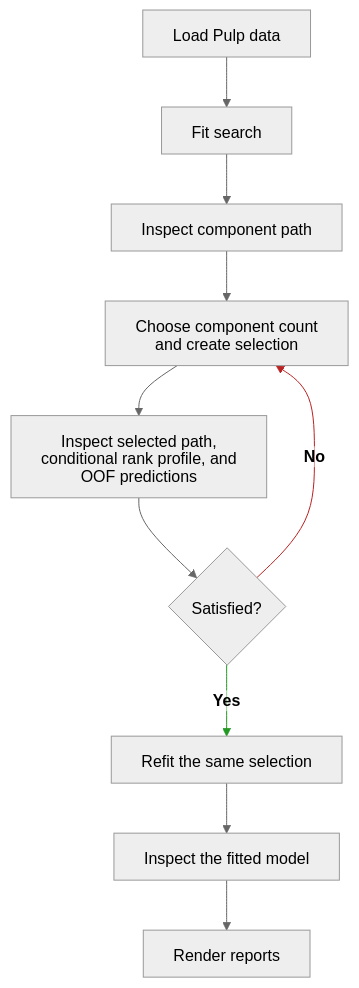
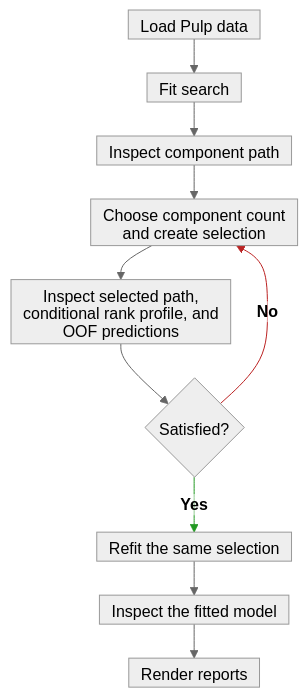
One commit to stefanlindstroem/pipls_private changed the diagram in docs/tutorials/pulp.md. Above: the diagram before and after it, drawn with Mermaid. The commit also changed 6 other files, not shown here.

Commit message:
Add Mermaid flowchart styling

````diff
--- a/docs/tutorials/pulp.md
+++ b/docs/tutorials/pulp.md
@@ -14,22 +14,27 @@
 ```mermaid
 ---
 config:
   htmlLabels: false
   theme: neutral
+  flowchart:
+    diagramPadding: 4
+    padding: 6
+    nodeSpacing: 28
+    rankSpacing: 34
 ---
 flowchart TD
     load["Load Pulp data"]
     search["Fit search"]
     path["Inspect component path"]
     select["Choose component count and create selection"]
     review["Inspect selected path, conditional rank profile, and OOF predictions"]
     decide{"Satisfied?"}
     refit["Refit the same selection"]
     analyze["Inspect the fitted model"]
     render["Render reports"]
 
     load --> search --> path --> select --> review --> decide -->|"`**Yes**`"| refit --> analyze --> render
     decide -->|"`**No**`"| select
     linkStyle 5 stroke:#292,color:black;
     linkStyle 8 stroke:#b22,color:black;
 ```
````
